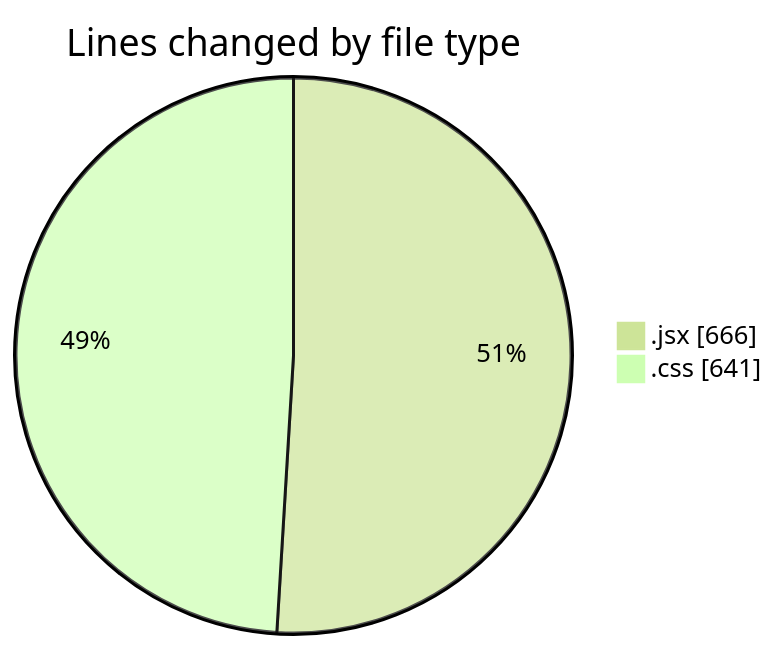
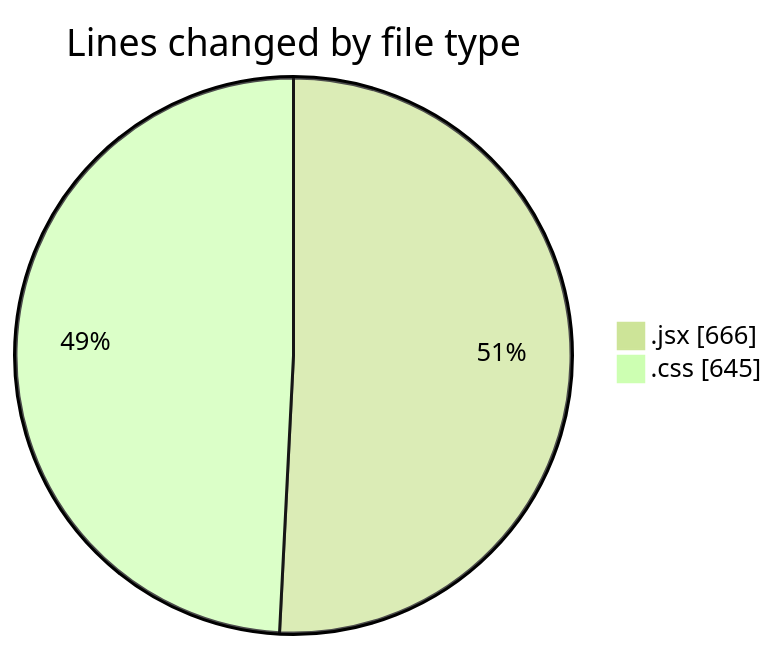
The first of 2 diagrams in 2025-05-08/recipe-app/README.md (BS-eng2023/code-tracking), drawn with Mermaid (forest theme) before and after one commit. The commit also changed other lines of this file and 1 other file, not shown here.

````diff
--- a/2025-05-08/recipe-app/README.md
+++ b/2025-05-08/recipe-app/README.md
@@ -25,6 +25,6 @@
 ```mermaid
 pie showData
 title Lines changed by file type
 ".jsx" : 666
-".css" : 641
+".css" : 645
 ```
````
